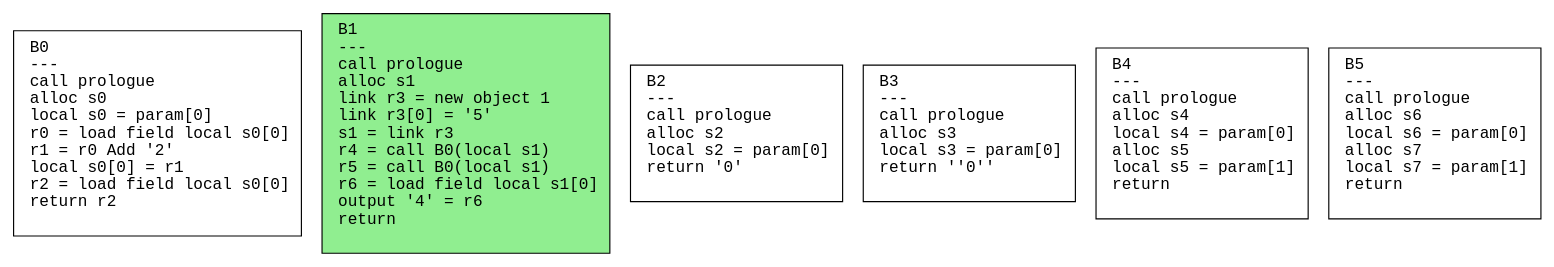
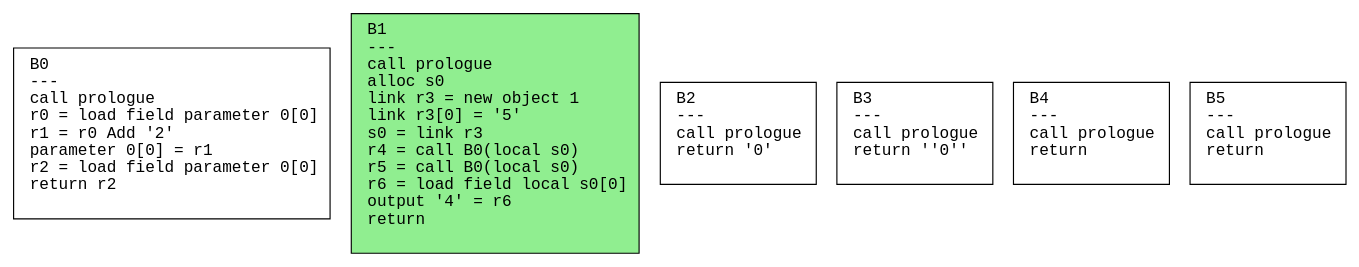
The diagram in schemes/classes.dot (safarislava/ProcTranslator), drawn with Graphviz before and after one commit. The commit also changed 26 other files, not shown here.

```diff
--- a/schemes/classes.dot
+++ b/schemes/classes.dot
@@ -1,13 +1,13 @@
 digraph CFG {
   rankdir=TB;
   node [shape=box, fontname="Courier", style=filled, fillcolor=white, margin="0.2,0.1"];
   edge [fontname="Courier"];
 
-  "B0" [label="B0\l---\lcall prologue\lalloc s0\llocal s0 = param[0]\lr0 = load field local s0[0]\lr1 = r0 Add '2'\llocal s0[0] = r1\lr2 = load field local s0[0]\lreturn r2\l "];
-  "B1" [label="B1\l---\lcall prologue\lalloc s1\llink r3 = new object 1\llink r3[0] = '5'\ls1 = link r3\lr4 = call B0(local s1)\lr5 = call B0(local s1)\lr6 = load field local s1[0]\loutput '4' = r6\lreturn\l "];
-  "B2" [label="B2\l---\lcall prologue\lalloc s2\llocal s2 = param[0]\lreturn '0'\l "];
-  "B3" [label="B3\l---\lcall prologue\lalloc s3\llocal s3 = param[0]\lreturn ''0''\l "];
-  "B4" [label="B4\l---\lcall prologue\lalloc s4\llocal s4 = param[0]\lalloc s5\llocal s5 = param[1]\lreturn\l "];
-  "B5" [label="B5\l---\lcall prologue\lalloc s6\llocal s6 = param[0]\lalloc s7\llocal s7 = param[1]\lreturn\l "];
+  "B0" [label="B0\l---\lcall prologue\lr0 = load field parameter 0[0]\lr1 = r0 Add '2'\lparameter 0[0] = r1\lr2 = load field parameter 0[0]\lreturn r2\l "];
+  "B1" [label="B1\l---\lcall prologue\lalloc s0\llink r3 = new object 1\llink r3[0] = '5'\ls0 = link r3\lr4 = call B0(local s0)\lr5 = call B0(local s0)\lr6 = load field local s0[0]\loutput '4' = r6\lreturn\l "];
+  "B2" [label="B2\l---\lcall prologue\lreturn '0'\l "];
+  "B3" [label="B3\l---\lcall prologue\lreturn ''0''\l "];
+  "B4" [label="B4\l---\lcall prologue\lreturn\l "];
+  "B5" [label="B5\l---\lcall prologue\lreturn\l "];
   "B1" [fillcolor=lightgreen];
 }
```
